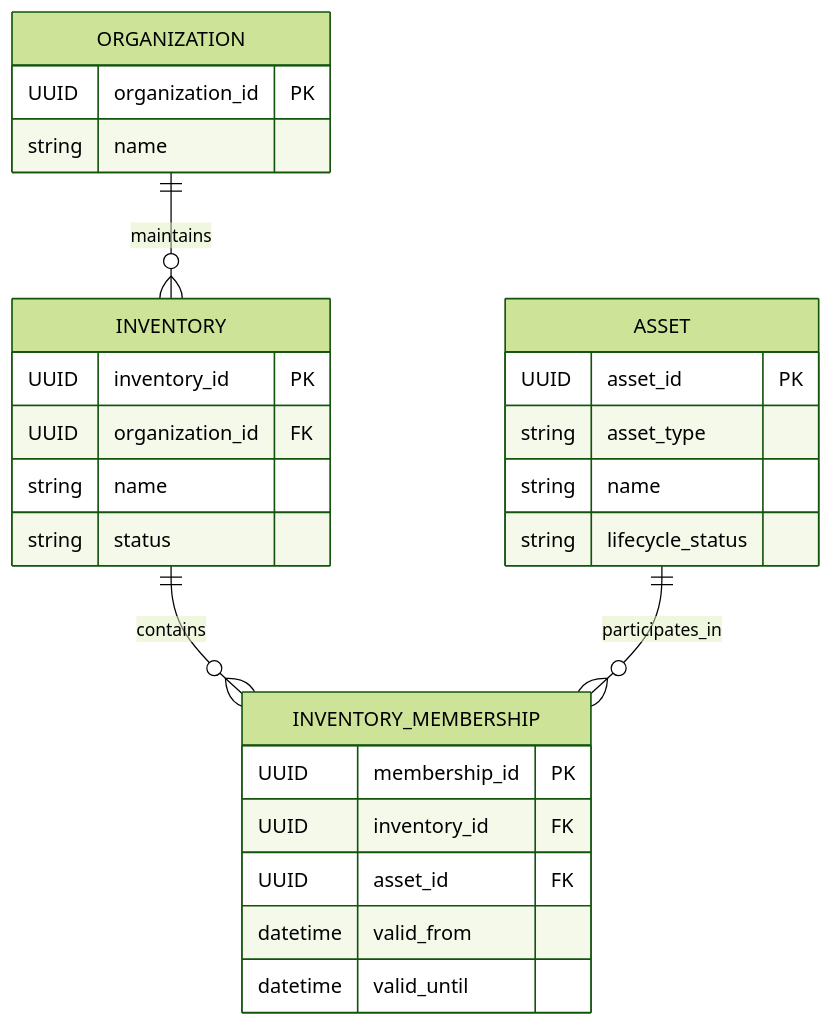
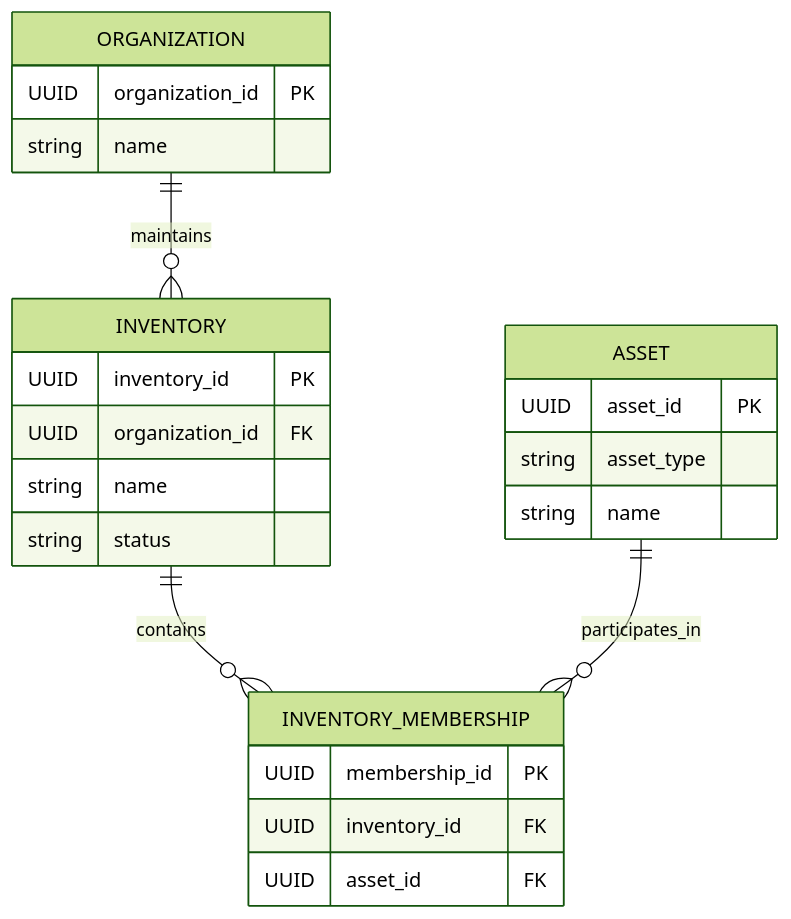
Before and after one commit to git-loa/cryptographic-inventory-pqc-risk-assessment: the first of 6 diagrams in docs/architecture/domain/entity-relationship-diagram.md, drawn with Mermaid (forest theme). The commit also changed other lines of this file and 9 other files, not shown here.

Commit message:
feature: refactor relationship rules / docs: rewrite domain architecture documentation

````diff
--- a/docs/architecture/domain/entity-relationship-diagram.md
+++ b/docs/architecture/domain/entity-relationship-diagram.md
@@ -19,33 +17,30 @@
 ```mermaid
 erDiagram
     ORGANIZATION ||--o{ INVENTORY : maintains
     INVENTORY ||--o{ INVENTORY_MEMBERSHIP : contains
     ASSET ||--o{ INVENTORY_MEMBERSHIP : participates_in
 
     ORGANIZATION {
         UUID organization_id PK
         string name
     }
 
     INVENTORY {
         UUID inventory_id PK
         UUID organization_id FK
         string name
         string status
     }
 
     INVENTORY_MEMBERSHIP {
         UUID membership_id PK
         UUID inventory_id FK
         UUID asset_id FK
-        datetime valid_from
-        datetime valid_until
     }
 
     ASSET {
         UUID asset_id PK
         string asset_type
         string name
-        string lifecycle_status
     }
 ```
````
